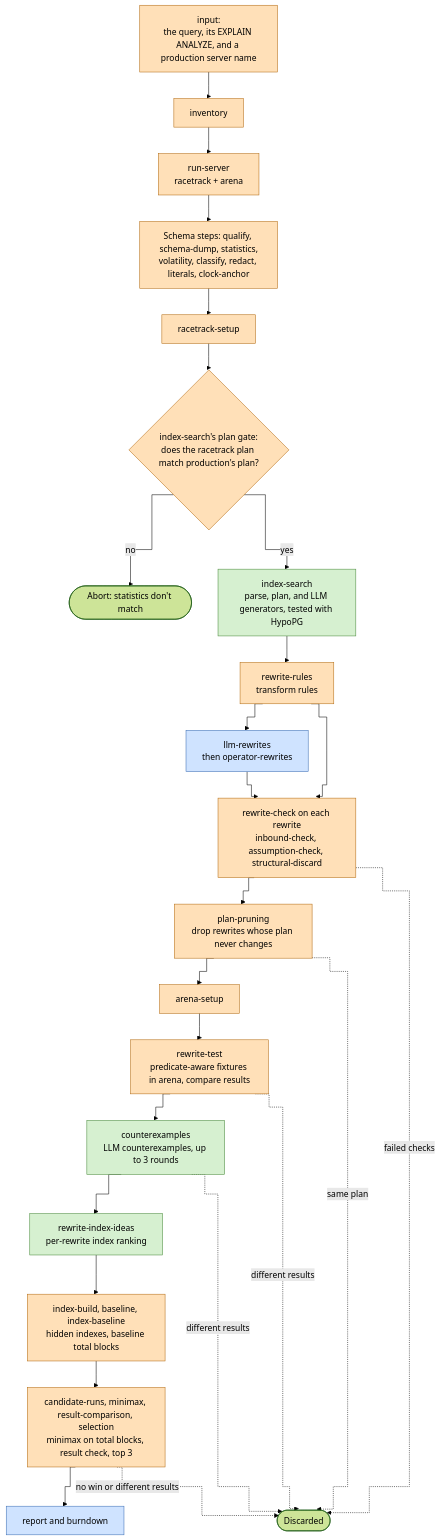
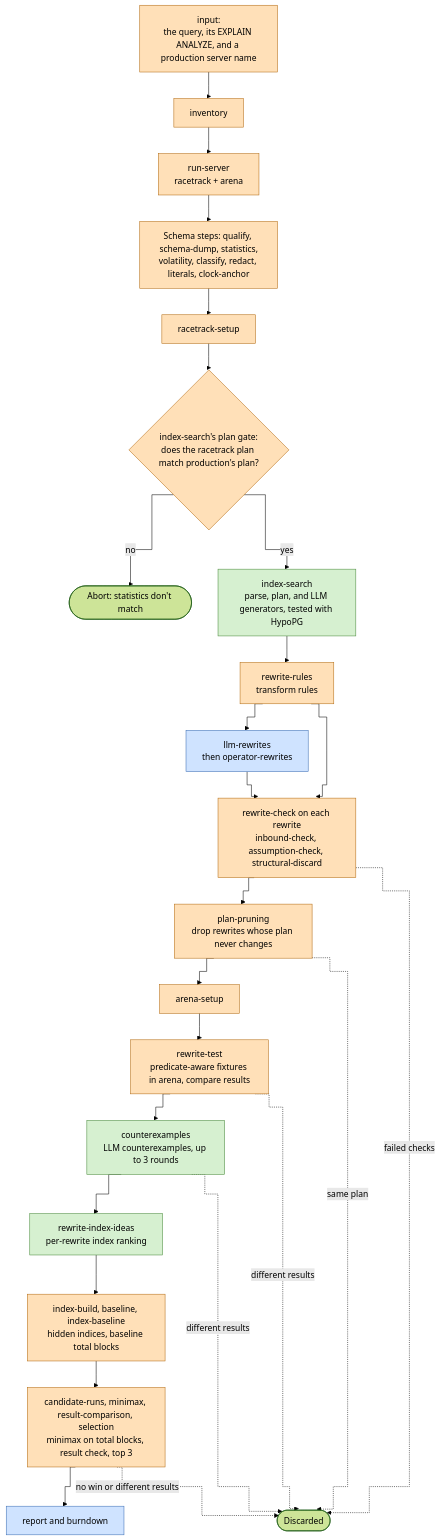
Before and after one commit to benchub/quaack: the second of 2 diagrams in DESIGN.md, drawn with Mermaid (forest theme). The commit also changed other lines of this file and 101 other files, not shown here.

First line of the commit message:
20261016-5: Say "indices", not "indexes", in the report, prompts and docs.

````diff
--- a/DESIGN.md
+++ b/DESIGN.md
@@ -62,35 +62,35 @@
 ```mermaid
 %%{init: {"flowchart": {"curve": "step"}}}%%
 flowchart TD
     input["input:<br/>the query, its EXPLAIN ANALYZE, and a production server name"] --> inventory["inventory"]
     inventory --> runserver["run-server<br/>racetrack + arena"]
     runserver --> schema["Schema steps: qualify, schema-dump, statistics,<br/>volatility, classify, redact, literals, clock-anchor"]
     schema --> racetrack["racetrack-setup"]
     racetrack --> gate{"index-search's plan gate:<br/>does the racetrack plan match production's plan?"}
     gate -- no --> abort(["Abort: statistics don't match"])
     gate -- yes --> search["index-search<br/>parse, plan, and LLM generators, tested with HypoPG"]
     search --> rules["rewrite-rules<br/>transform rules"]
     rules --> llm["llm-rewrites<br/>then operator-rewrites"]
     rules --> check["rewrite-check on each rewrite<br/>inbound-check, assumption-check, structural-discard"]
     llm --> check
     check --> prune["plan-pruning<br/>drop rewrites whose plan never changes"]
     prune --> arena["arena-setup"]
     arena --> test["rewrite-test<br/>predicate-aware fixtures in arena, compare results"]
     test --> cx["counterexamples<br/>LLM counterexamples, up to 3 rounds"]
     cx --> ideas["rewrite-index-ideas<br/>per-rewrite index ranking"]
-    ideas --> build["index-build, baseline, index-baseline<br/>hidden indexes, baseline total blocks"]
+    ideas --> build["index-build, baseline, index-baseline<br/>hidden indices, baseline total blocks"]
     build --> runs["candidate-runs, minimax, result-comparison, selection<br/>minimax on total blocks, result check, top 3"]
     runs --> report["report and burndown"]
     check -. failed checks .-> out(["Discarded"])
     prune -. same plan .-> out
     test -. different results .-> out
     cx -. different results .-> out
     runs -. no win or different results .-> out
 
     classDef enclave fill:#ffe0b8,stroke:#b36b12,color:#000
     classDef driver fill:#cfe3ff,stroke:#3b6db3,color:#000
     classDef both fill:#d6f0d0,stroke:#4a8a3c,color:#000
     class input,inventory,runserver,schema,racetrack,gate,rules,check,prune,arena,test,build,runs enclave
     class llm,report driver
     class search,cx,ideas both
 ```
````
